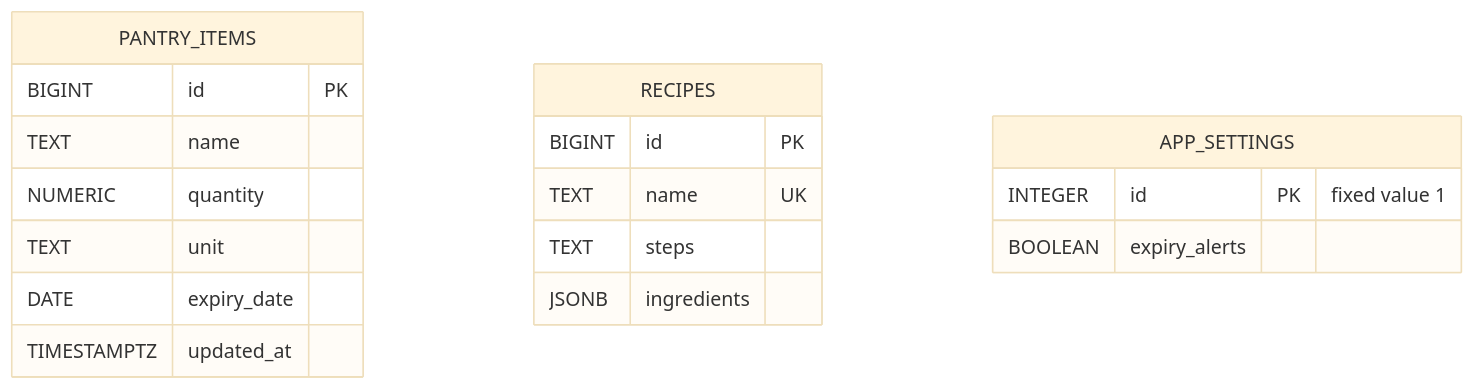
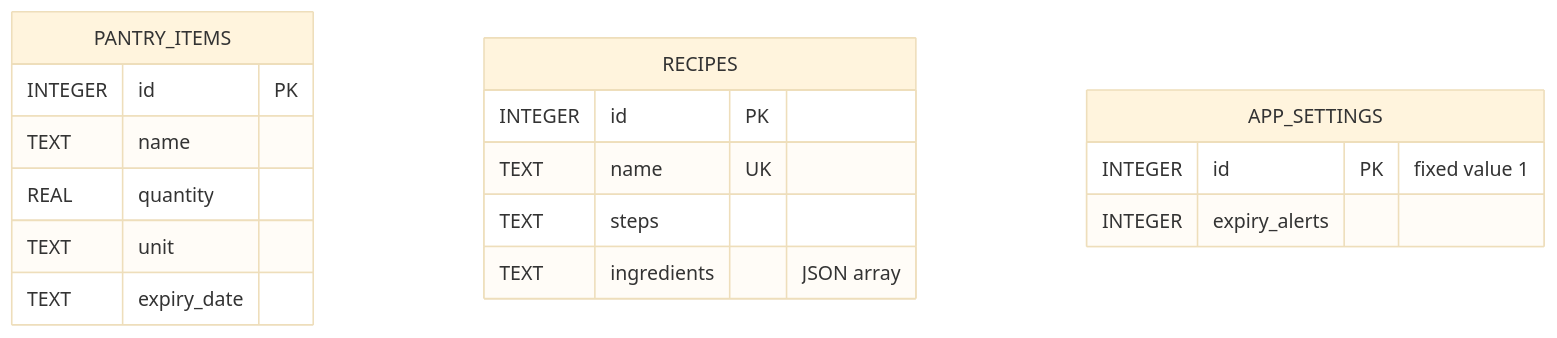
Before and after one commit to nkosikhumalo/Project101: the second of 2 diagrams in project_report.md, drawn with Mermaid (base theme). The commit also changed other lines of this file and 11 other files, not shown here.

````diff
--- a/project_report.md
+++ b/project_report.md
@@ -59,21 +61,20 @@
 ```mermaid
 erDiagram
     PANTRY_ITEMS {
-        BIGINT id PK
+        INTEGER id PK
         TEXT name
-        NUMERIC quantity
+        REAL quantity
         TEXT unit
-        DATE expiry_date
-        TIMESTAMPTZ updated_at
+        TEXT expiry_date
     }
     RECIPES {
-        BIGINT id PK
+        INTEGER id PK
         TEXT name UK
         TEXT steps
-        JSONB ingredients
+        TEXT ingredients "JSON array"
     }
     APP_SETTINGS {
         INTEGER id PK "fixed value 1"
-        BOOLEAN expiry_alerts
+        INTEGER expiry_alerts
     }
 ```
````
